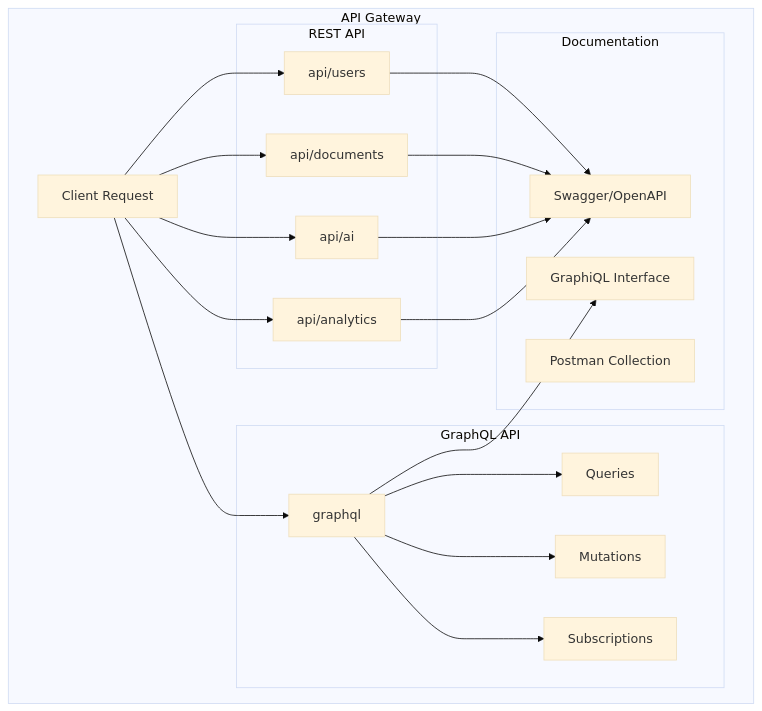
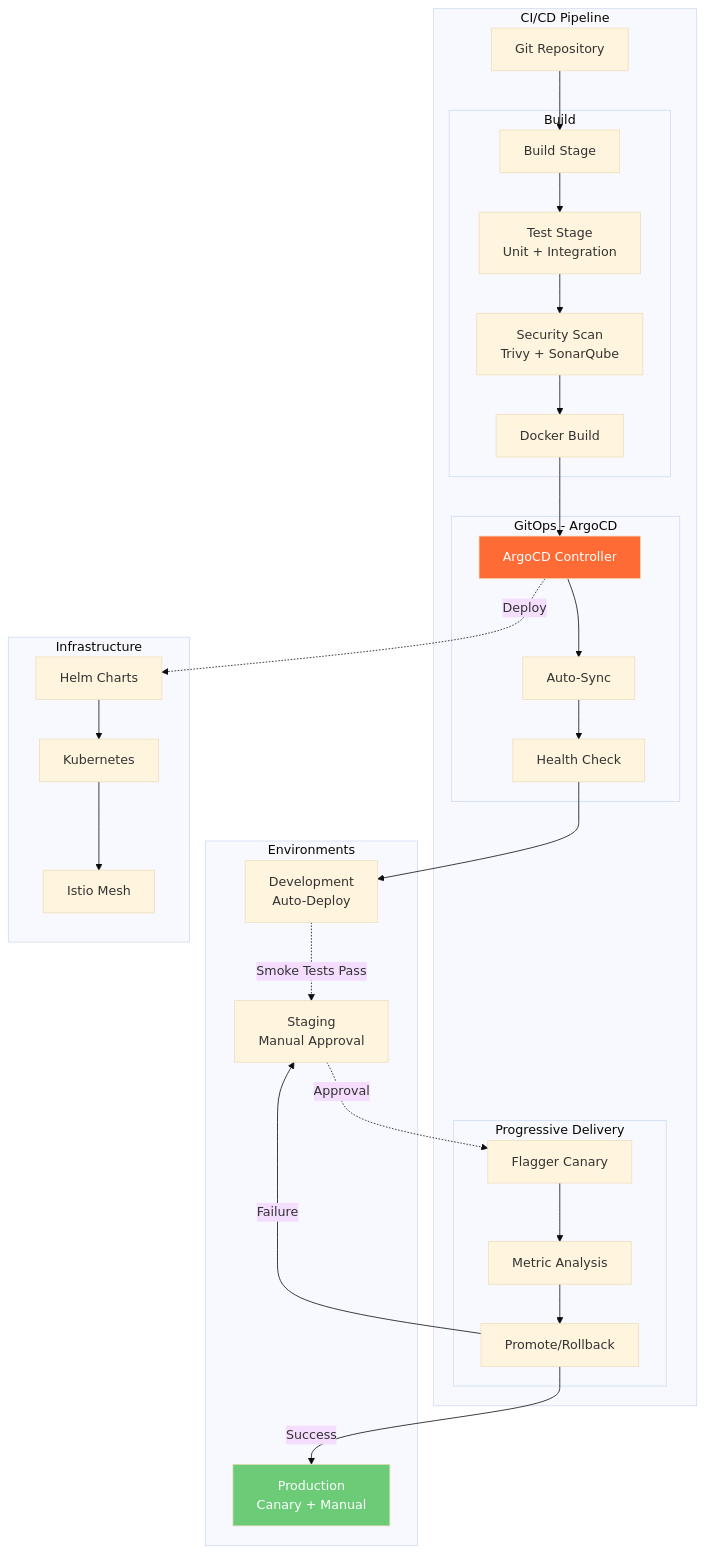
Diagram 26 of 26 in ARCHITECTURE.md (Derek-miranda/DocuThinker-AI), drawn with Mermaid (base theme) before and after one commit. The commit also changed other lines of this file and 36 other files, not shown here.

Commit message:
feat(istio): add peer authentication and authorization policies for enhanced security

````diff
--- a/ARCHITECTURE.md
+++ b/ARCHITECTURE.md
@@ -1098,42 +2017,62 @@
 ```mermaid
 graph TB
-    subgraph "API Gateway"
-        A[Client Request]
+    subgraph "CI/CD Pipeline"
+        GIT[Git Repository]
 
-        subgraph "REST API"
-            B[api/users]
-            C[api/documents]
-            D[api/ai]
-            E[api/analytics]
+        subgraph "Build"
+            BUILD[Build Stage]
+            TEST[Test Stage<br/>Unit + Integration]
+            SECURITY[Security Scan<br/>Trivy + SonarQube]
+            PACKAGE[Docker Build]
         end
 
-        subgraph "GraphQL API"
-            F[graphql]
-            G[Queries]
-            H[Mutations]
-            I[Subscriptions]
+        subgraph "GitOps - ArgoCD"
+            ARGO[ArgoCD Controller]
+            SYNC[Auto-Sync]
+            HEALTH[Health Check]
         end
 
-        subgraph "Documentation"
-            J[Swagger/OpenAPI]
-            K[GraphiQL Interface]
-            L[Postman Collection]
+        subgraph "Progressive Delivery"
+            CANARY[Flagger Canary]
+            ANALYSIS[Metric Analysis]
+            DECISION[Promote/Rollback]
         end
     end
 
-    A --> B
-    A --> C
-    A --> D
-    A --> E
-    A --> F
+    subgraph "Environments"
+        DEV[Development<br/>Auto-Deploy]
+        STAGING[Staging<br/>Manual Approval]
+        PROD[Production<br/>Canary + Manual]
+    end
 
-    F --> G
-    F --> H
-    F --> I
+    subgraph "Infrastructure"
+        HELM[Helm Charts]
+        K8S[Kubernetes]
+        ISTIO[Istio Mesh]
+    end
 
-    B --> J
-    C --> J
-    D --> J
-    E --> J
-    F --> K
+    GIT --> BUILD
+    BUILD --> TEST
+    TEST --> SECURITY
+    SECURITY --> PACKAGE
+
+    PACKAGE --> ARGO
+    ARGO --> SYNC
+    SYNC --> HEALTH
+
+    HEALTH --> DEV
+    DEV -.->|Smoke Tests Pass| STAGING
+    STAGING -.->|Approval| CANARY
+
+    CANARY --> ANALYSIS
+    ANALYSIS --> DECISION
+    DECISION -->|Success| PROD
+    DECISION -->|Failure| STAGING
+
+    HELM --> K8S
+    K8S --> ISTIO
+    ARGO -.->|Deploy| HELM
+
+    style ARGO fill:#FF6B35,color:#fff
+    style PROD fill:#6BCB77,color:#fff
 ```
````
